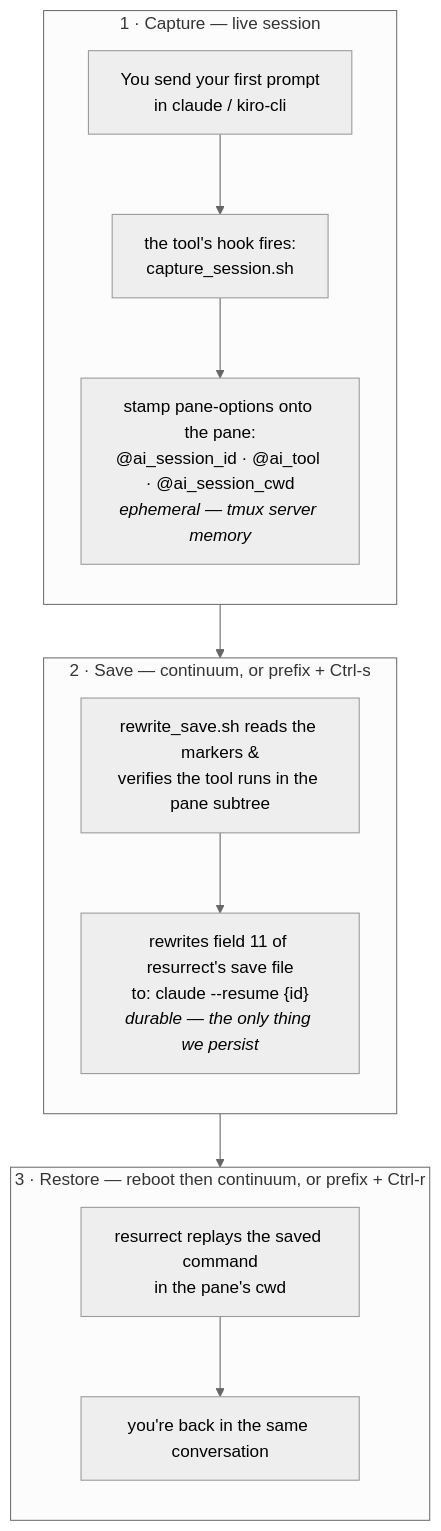
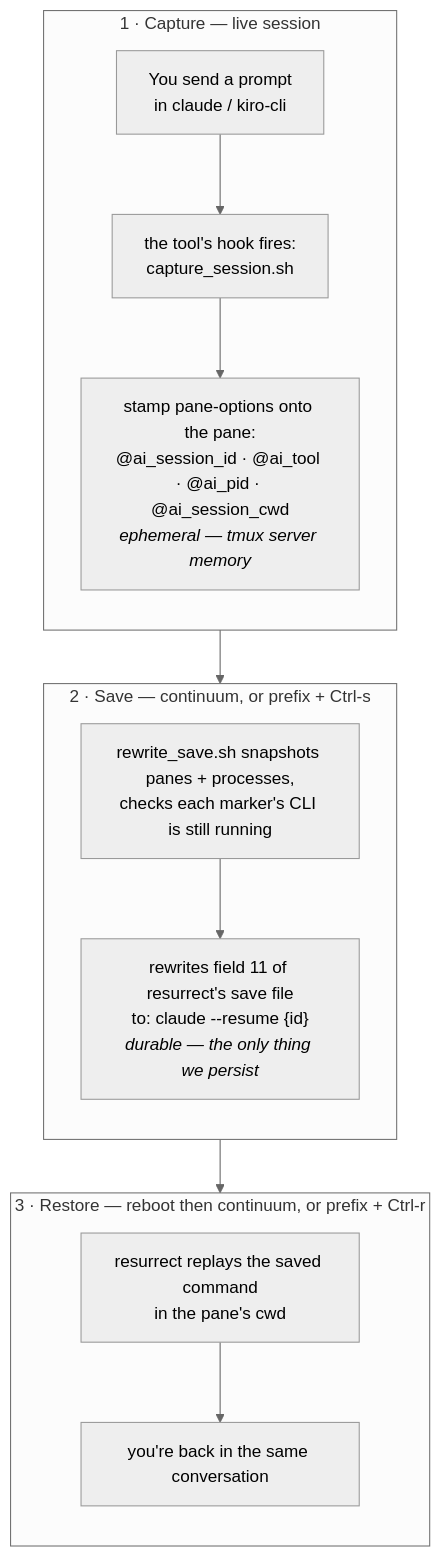
The first of 3 diagrams in README.md (harnessed-ai/tmux-ai-sessions-restore), drawn with Mermaid (neutral theme) before and after one commit. The commit also changed other lines of this file and 14 other files, not shown here.

````diff
--- a/README.md
+++ b/README.md
@@ -22,17 +22,17 @@
 ```mermaid
 flowchart TD
     subgraph cap["1 · Capture — live session"]
         direction TB
-        a1["You send your first prompt<br/>in claude / kiro-cli"] --> a2["the tool's hook fires:<br/>capture_session.sh"]
-        a2 --> a3["stamp pane-options onto the pane:<br/>@ai_session_id · @ai_tool · @ai_session_cwd<br/><i>ephemeral — tmux server memory</i>"]
+        a1["You send a prompt<br/>in claude / kiro-cli"] --> a2["the tool's hook fires:<br/>capture_session.sh"]
+        a2 --> a3["stamp pane-options onto the pane:<br/>@ai_session_id · @ai_tool · @ai_pid · @ai_session_cwd<br/><i>ephemeral — tmux server memory</i>"]
     end
     subgraph sav["2 · Save — continuum, or prefix + Ctrl-s"]
         direction TB
-        b1["rewrite_save.sh reads the markers &<br/>verifies the tool runs in the pane subtree"] --> b2["rewrites field 11 of resurrect's save file<br/>to: claude --resume {id}<br/><i>durable — the only thing we persist</i>"]
+        b1["rewrite_save.sh snapshots panes + processes,<br/>checks each marker's CLI is still running"] --> b2["rewrites field 11 of resurrect's save file<br/>to: claude --resume {id}<br/><i>durable — the only thing we persist</i>"]
     end
     subgraph res["3 · Restore — reboot then continuum, or prefix + Ctrl-r"]
         direction TB
         c1["resurrect replays the saved command<br/>in the pane's cwd"] --> c2["you're back in the same conversation"]
     end
     cap --> sav --> res
 ```
````
